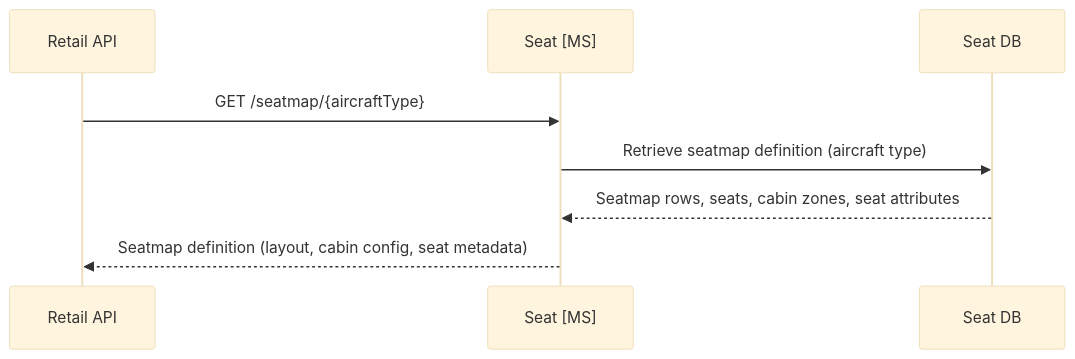
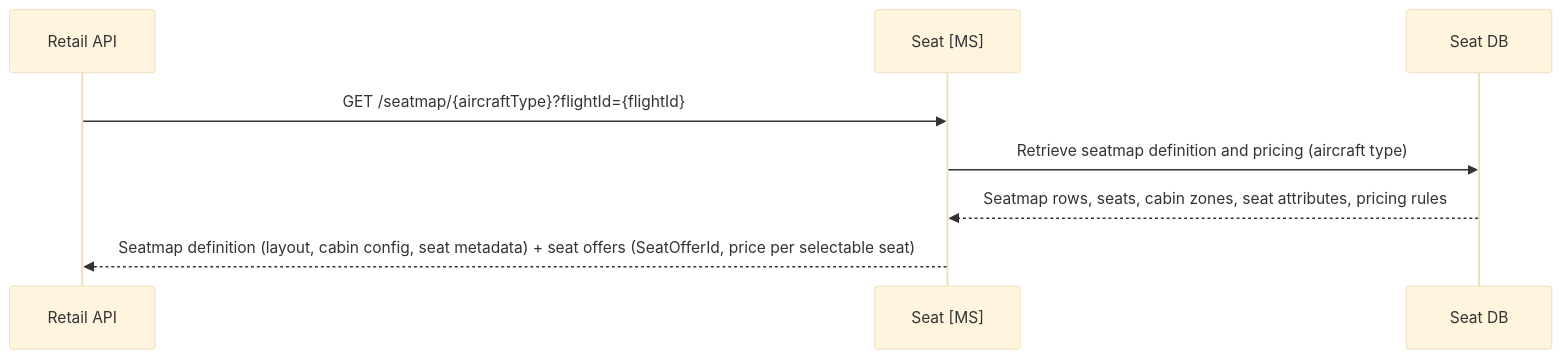
One commit to sebharvey/airline-reservation-system changed the eighth of 8 diagrams in architecture/design.md. Above: the diagram before and after it, drawn with Mermaid (base theme). The commit also changed other lines of this file, not shown here.

First line of the commit message:
Enhance payment and seat management descriptions

````diff
--- a/architecture/design.md
+++ b/architecture/design.md
@@ -716,11 +894,11 @@
 ```mermaid
 sequenceDiagram
     participant RetailAPI as Retail API
     participant SeatMS as Seat [MS]
     participant SeatDB as Seat DB
 
-    RetailAPI->>SeatMS: GET /seatmap/{aircraftType}
-    SeatMS->>SeatDB: Retrieve seatmap definition (aircraft type)
-    SeatDB-->>SeatMS: Seatmap rows, seats, cabin zones, seat attributes
-    SeatMS-->>RetailAPI: Seatmap definition (layout, cabin config, seat metadata)
+    RetailAPI->>SeatMS: GET /seatmap/{aircraftType}?flightId={flightId}
+    SeatMS->>SeatDB: Retrieve seatmap definition and pricing (aircraft type)
+    SeatDB-->>SeatMS: Seatmap rows, seats, cabin zones, seat attributes, pricing rules
+    SeatMS-->>RetailAPI: Seatmap definition (layout, cabin config, seat metadata) + seat offers (SeatOfferId, price per selectable seat)
 ```
````
